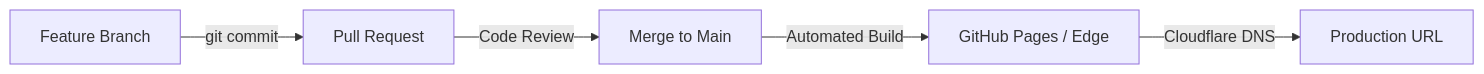
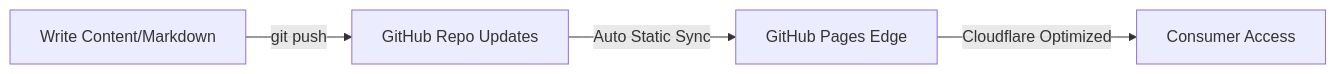
One commit to GreenJustyn/greenjustyn.github.io changed the diagram in README.md. Above: the diagram before and after it, drawn with Mermaid. The commit also changed other lines of this file and 1 other file, not shown here.

````diff
--- a/README.md
+++ b/README.md
@@ -57,7 +22,6 @@
 ```mermaid
 graph LR
-    A[Feature Branch] -->|git commit| B[Pull Request]
-    B -->|Code Review| C[Merge to Main]
-    C -->|Automated Build| D[GitHub Pages / Edge]
-    D -->|Cloudflare DNS| E[Production URL]
+    A[Write Content/Markdown] -->|git push| B[GitHub Repo Updates]
+    B -->|Auto Static Sync| C[GitHub Pages Edge]
+    C -->|Cloudflare Optimized| D[Consumer Access]
 ```
````
